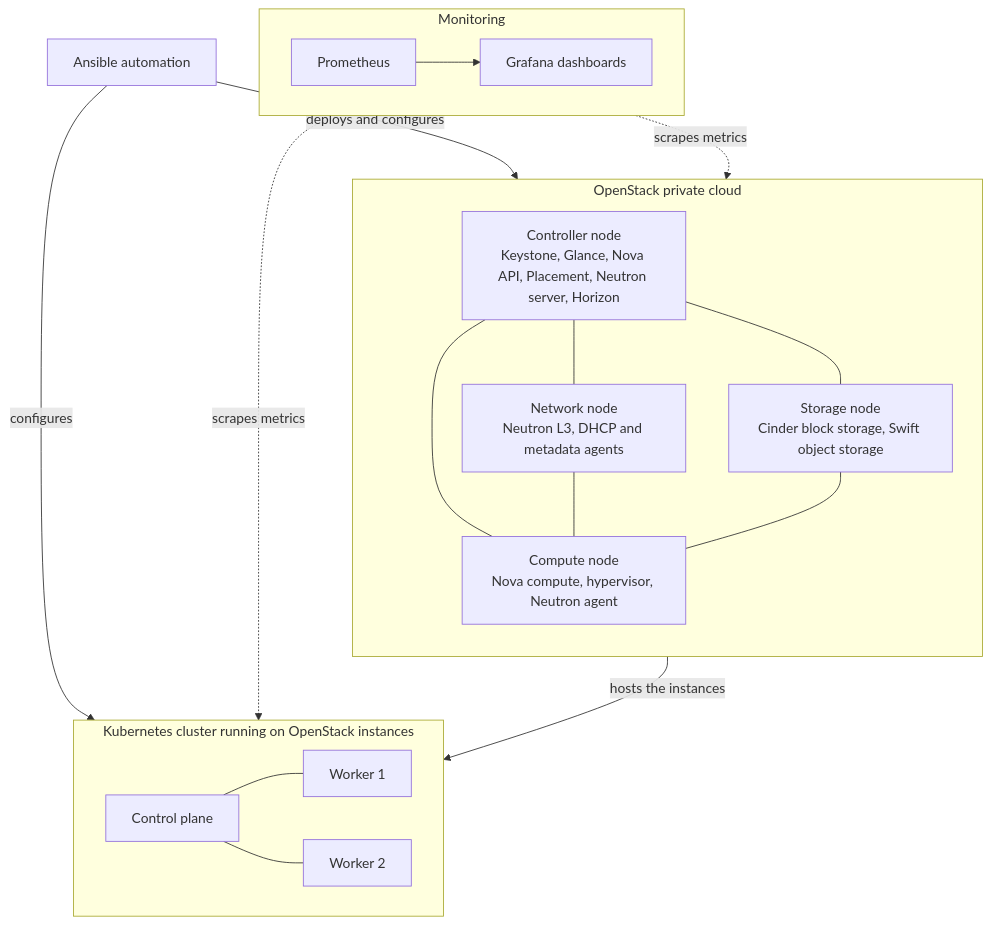
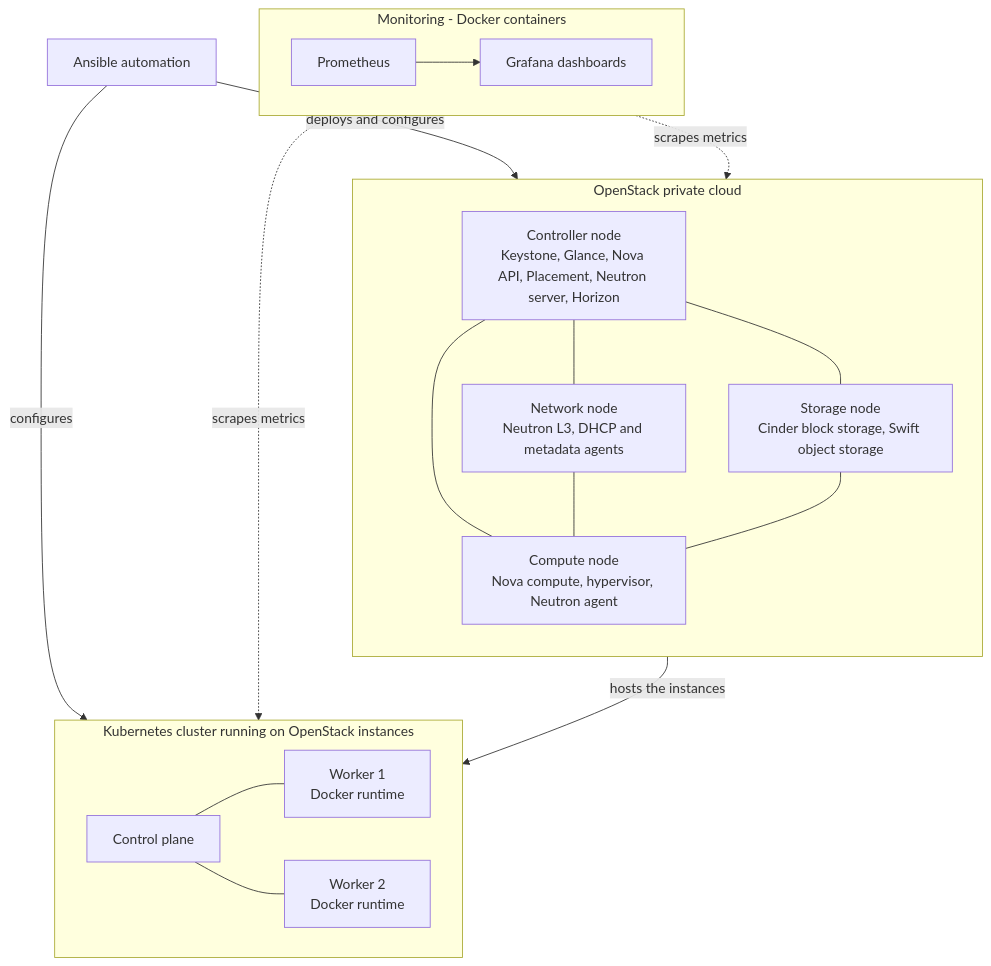
The diagram in README.md (Hamoda73/Openstack-K8S-Multinode-Cloud), drawn with Mermaid before and after one commit. The commit also changed other lines of this file, not shown here.

First line of the commit message:
Revise README for Docker integration in Kubernetes

````diff
--- a/README.md
+++ b/README.md
@@ -40,37 +41,37 @@
 ```mermaid
 flowchart TB
     ANS["Ansible automation"]
 
     subgraph OS["OpenStack private cloud"]
         direction TB
         CTRL["Controller node<br/>Keystone, Glance, Nova API, Placement, Neutron server, Horizon"]
         NET["Network node<br/>Neutron L3, DHCP and metadata agents"]
         COMP["Compute node<br/>Nova compute, hypervisor, Neutron agent"]
         STOR["Storage node<br/>Cinder block storage, Swift object storage"]
         CTRL --- NET
         CTRL --- COMP
         CTRL --- STOR
         NET --- COMP
         STOR --- COMP
     end
 
     subgraph K8S["Kubernetes cluster running on OpenStack instances"]
         direction LR
         MASTER["Control plane"]
-        W1["Worker 1"]
-        W2["Worker 2"]
+        W1["Worker 1<br/>Docker runtime"]
+        W2["Worker 2<br/>Docker runtime"]
         MASTER --- W1
         MASTER --- W2
     end
 
-    subgraph MON["Monitoring"]
+    subgraph MON["Monitoring - Docker containers"]
         direction LR
         PROM["Prometheus"] --> GRAF["Grafana dashboards"]
     end
 
     ANS -->|deploys and configures| OS
     ANS -->|configures| K8S
     COMP -->|hosts the instances| K8S
     PROM -. scrapes metrics .-> OS
     PROM -. scrapes metrics .-> K8S
 ```
````
